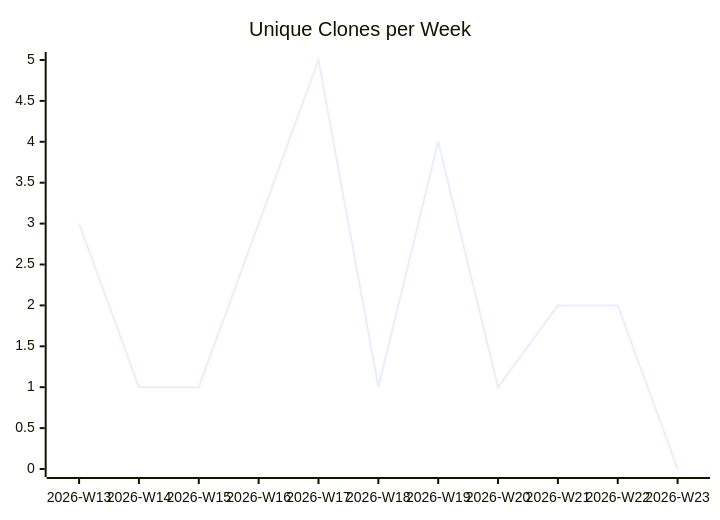
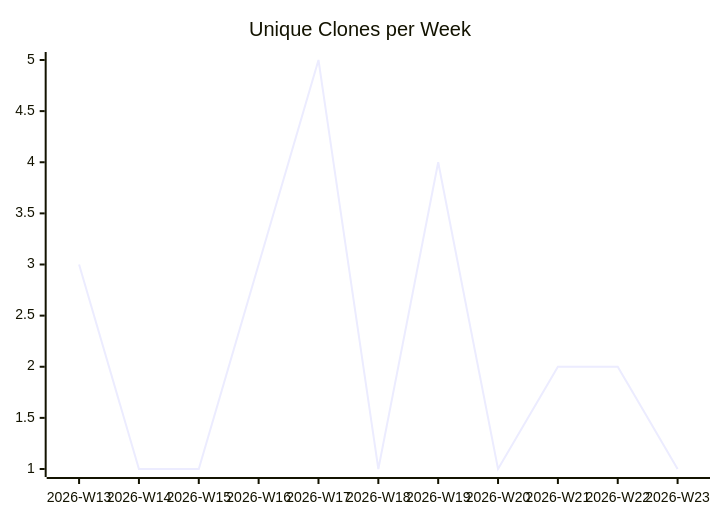
Before and after one commit to justdavis-family/github-analytics-data: the third of 3 diagrams in karlmdavis/stockfighter-trades-solutions/README.md, drawn with Mermaid. The commit also changed other lines of this file and 189 other files, not shown here.

````diff
--- a/karlmdavis/stockfighter-trades-solutions/README.md
+++ b/karlmdavis/stockfighter-trades-solutions/README.md
@@ -19,6 +19,6 @@
 ```mermaid
 xychart-beta
   title "Unique Clones per Week"
   x-axis ["2026-W13", "2026-W14", "2026-W15", "2026-W16", "2026-W17", "2026-W18", "2026-W19", "2026-W20", "2026-W21", "2026-W22", "2026-W23"]
-  line [3, 1, 1, 3, 5, 1, 4, 1, 2, 2, 0]
+  line [3, 1, 1, 3, 5, 1, 4, 1, 2, 2, 1]
 ```
````
